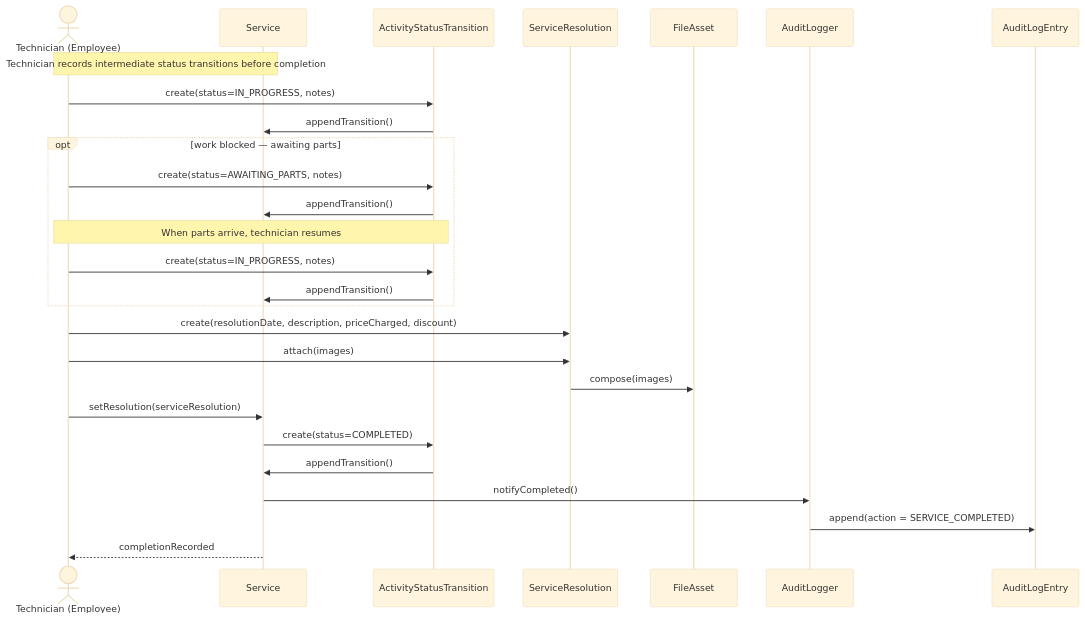
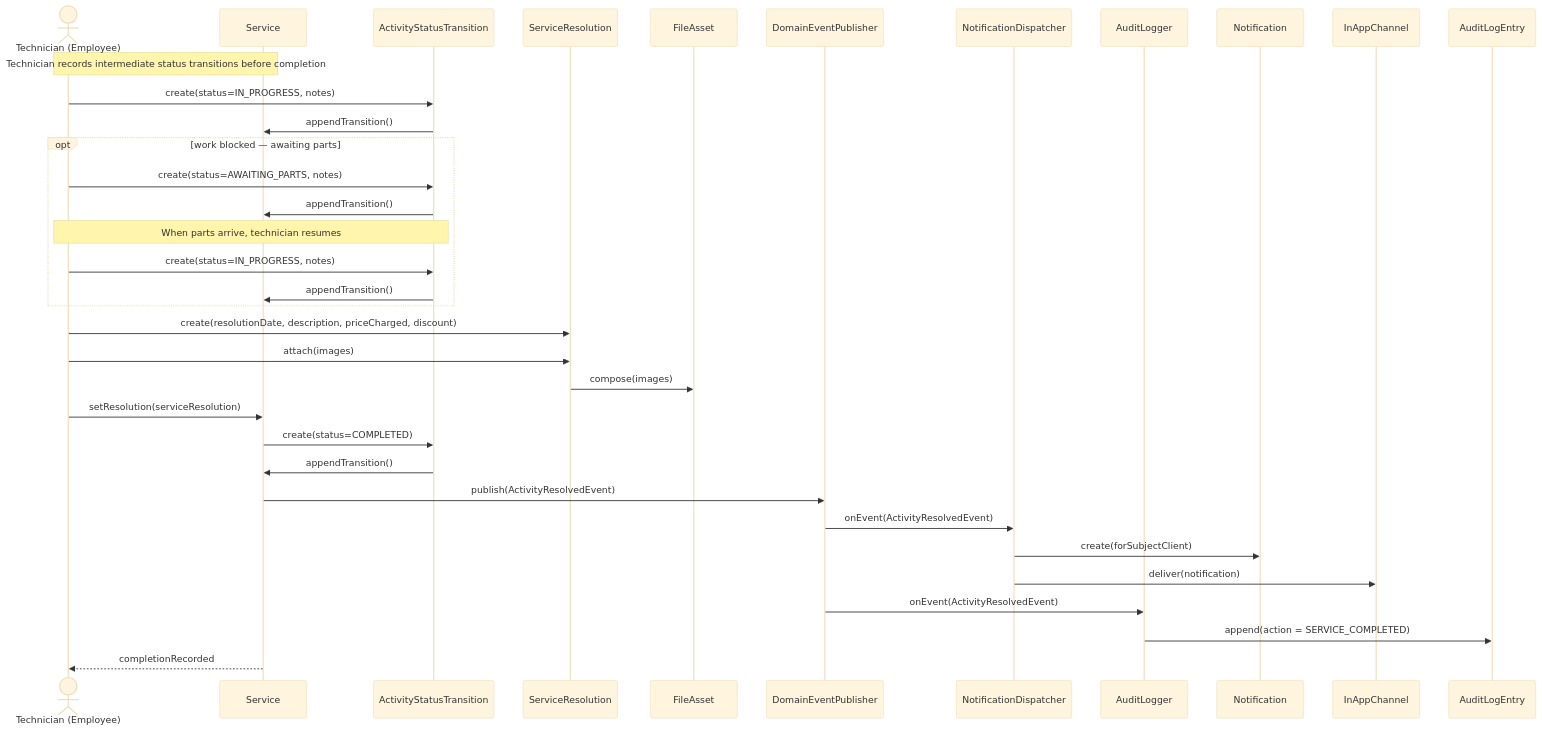
Before and after one commit to mariogarcia79/cmms-platform: the fourth of 16 diagrams in docs/CMMS-AnalysisWorkflow.md, drawn with Mermaid (base theme). The commit also changed other lines of this file, not shown here.

Commit message:
docs: check use cases, fix typos with event types and arguments

````diff
--- a/docs/CMMS-AnalysisWorkflow.md
+++ b/docs/CMMS-AnalysisWorkflow.md
@@ -265,29 +271,35 @@
 ```mermaid
 sequenceDiagram
     actor Technician as Technician (Employee)
     participant Service
     participant AST as ActivityStatusTransition
     participant ServiceResolution
     participant FileAsset
+    participant Publisher as DomainEventPublisher
+    participant Notifier as NotificationDispatcher
     participant Auditor as AuditLogger
 
     Note over Technician,Service: Technician records intermediate status transitions before completion
     Technician->>AST: create(status=IN_PROGRESS, notes)
     AST->>Service: appendTransition()
     opt work blocked — awaiting parts
         Technician->>AST: create(status=AWAITING_PARTS, notes)
         AST->>Service: appendTransition()
         Note over Technician,AST: When parts arrive, technician resumes
         Technician->>AST: create(status=IN_PROGRESS, notes)
         AST->>Service: appendTransition()
     end
     Technician->>ServiceResolution: create(resolutionDate, description, priceCharged, discount)
     Technician->>ServiceResolution: attach(images)
     ServiceResolution->>FileAsset: compose(images)
     Technician->>Service: setResolution(serviceResolution)
     Service->>AST: create(status=COMPLETED)
     AST->>Service: appendTransition()
-    Service->>Auditor: notifyCompleted()
+    Service->>Publisher: publish(ActivityResolvedEvent)
+    Publisher->>Notifier: onEvent(ActivityResolvedEvent)
+    Notifier->>Notification: create(forSubjectClient)
+    Notifier->>InAppChannel: deliver(notification)
+    Publisher->>Auditor: onEvent(ActivityResolvedEvent)
     Auditor->>AuditLogEntry: append(action = SERVICE_COMPLETED)
     Service-->>Technician: completionRecorded
 ```
````
